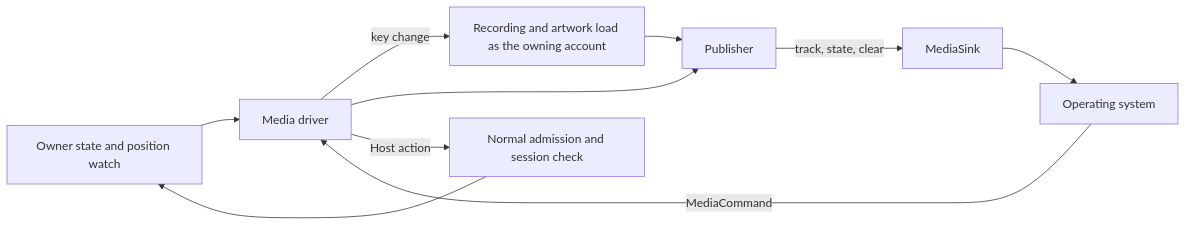
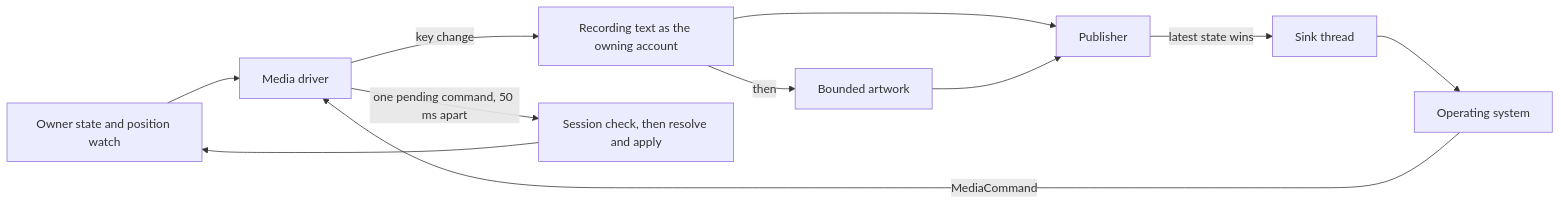
The third of 3 diagrams in docs/native-playback.md (acidiney/hitoapp), drawn with Mermaid before and after one commit. The commit also changed other lines of this file and 3 other files, not shown here.

Commit message:
Document admission-time resolution, the sink thread and system media privacy, and run player_native_media in the playback check

````diff
--- a/docs/native-playback.md
+++ b/docs/native-playback.md
@@ -68,12 +68,13 @@
 ```mermaid
 flowchart LR
   State[Owner state and position watch] --> Driver[Media driver]
-  Driver -->|key change| Load[Recording and artwork load as the owning account]
-  Load --> Publisher[Publisher]
-  Driver --> Publisher
-  Publisher -->|track, state, clear| Sink[MediaSink]
-  Sink --> OS[Operating system]
+  Driver -->|key change| Text[Recording text as the owning account]
+  Text --> Publisher[Publisher]
+  Text -->|then| Art[Bounded artwork]
+  Art --> Publisher
+  Publisher -->|latest state wins| Thread[Sink thread]
+  Thread --> OS[Operating system]
   OS -->|MediaCommand| Driver
-  Driver -->|Host action| Admission[Normal admission and session check]
+  Driver -->|one pending command, 50 ms apart| Admission[Session check, then resolve and apply]
   Admission --> State
 ```
````
